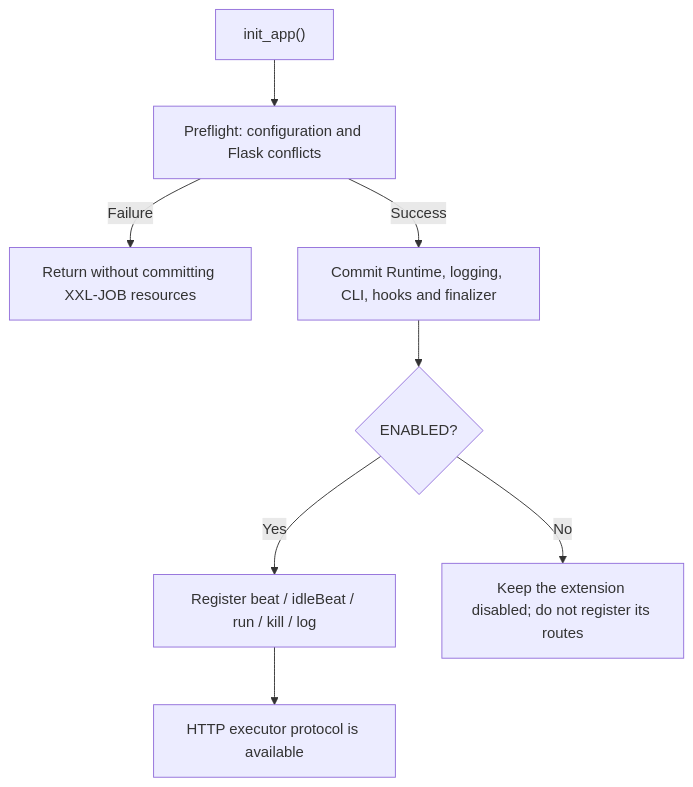
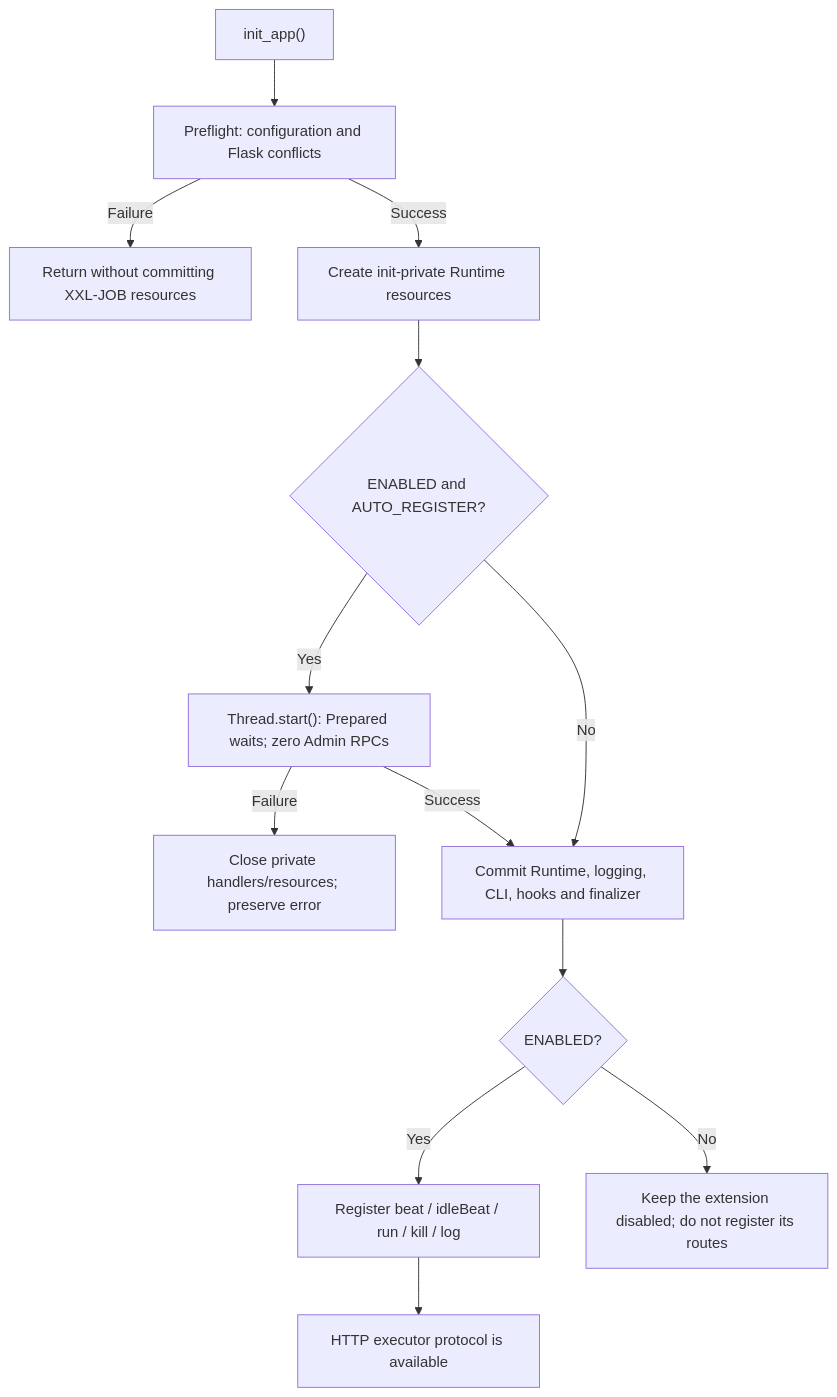
Before and after one commit to pumpkin-nbc/Flask-XXLJob: the first of 4 diagrams in docs/deployment.md, drawn with Mermaid. The commit also changed other lines of this file and 14 other files, not shown here.

````diff
--- a/docs/deployment.md
+++ b/docs/deployment.md
@@ -11,10 +11,15 @@
 ```mermaid
 flowchart TD
     A["init_app()"] --> B["Preflight: configuration and Flask conflicts"]
     B -->|"Failure"| C["Return without committing XXL-JOB resources"]
-    B -->|"Success"| D["Commit Runtime, logging, CLI, hooks and finalizer"]
+    B -->|"Success"| P["Create init-private Runtime resources"]
+    P --> Q{"ENABLED and AUTO_REGISTER?"}
+    Q -->|"Yes"| R["Thread.start(): Prepared waits; zero Admin RPCs"]
+    R -->|"Failure"| S["Close private handlers/resources; preserve error"]
+    R -->|"Success"| D["Commit Runtime, logging, CLI, hooks and finalizer"]
+    Q -->|"No"| D
     D --> E{"ENABLED?"}
     E -->|"Yes"| F["Register beat / idleBeat / run / kill / log"]
     F --> G["HTTP executor protocol is available"]
     E -->|"No"| H["Keep the extension disabled; do not register its routes"]
 ```
````
